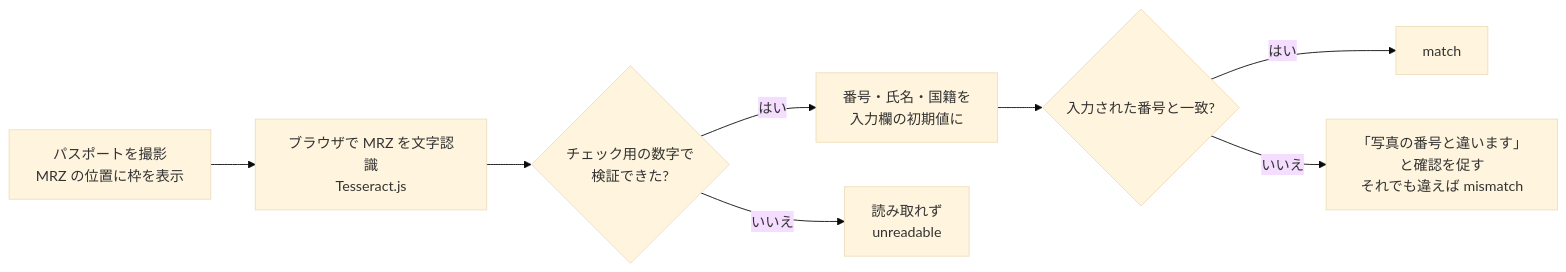
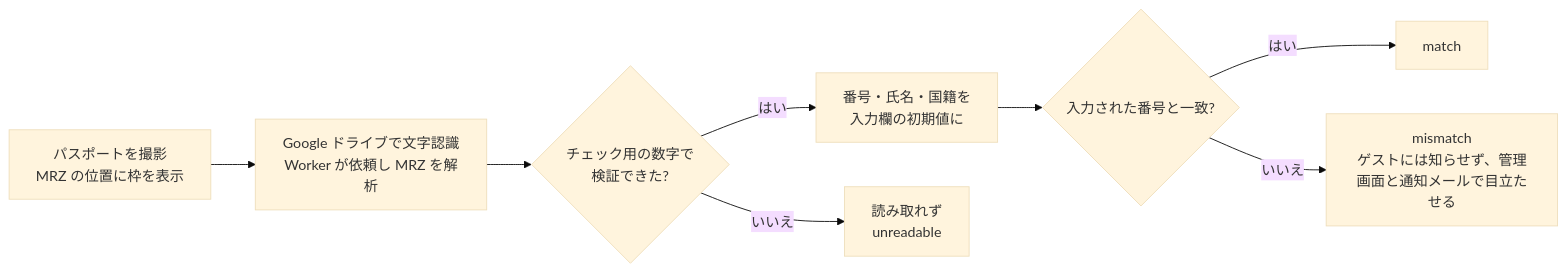
Before and after one commit to tamahouse0930/checkinmanagement: the fourth of 5 diagrams in docs/design.md, drawn with Mermaid (base theme). The commit also changed other lines of this file and 10 other files, not shown here.

````diff
--- a/docs/design.md
+++ b/docs/design.md
@@ -574,10 +574,10 @@
 ```mermaid
 flowchart LR
-    A[パスポートを撮影<br/>MRZ の位置に枠を表示] --> B[ブラウザで MRZ を文字認識<br/>Tesseract.js]
+    A[パスポートを撮影<br/>MRZ の位置に枠を表示] --> B[Google ドライブで文字認識<br/>Worker が依頼し MRZ を解析]
     B --> C{チェック用の数字で<br/>検証できた?}
     C -- はい --> D[番号・氏名・国籍を<br/>入力欄の初期値に]
     C -- いいえ --> E[読み取れず<br/>unreadable]
     D --> F{入力された番号と一致?}
     F -- はい --> G[match]
-    F -- いいえ --> H[「写真の番号と違います」と確認を促す<br/>それでも違えば mismatch]
+    F -- いいえ --> H[mismatch<br/>ゲストには知らせず、管理画面と通知メールで目立たせる]
 ```
````
